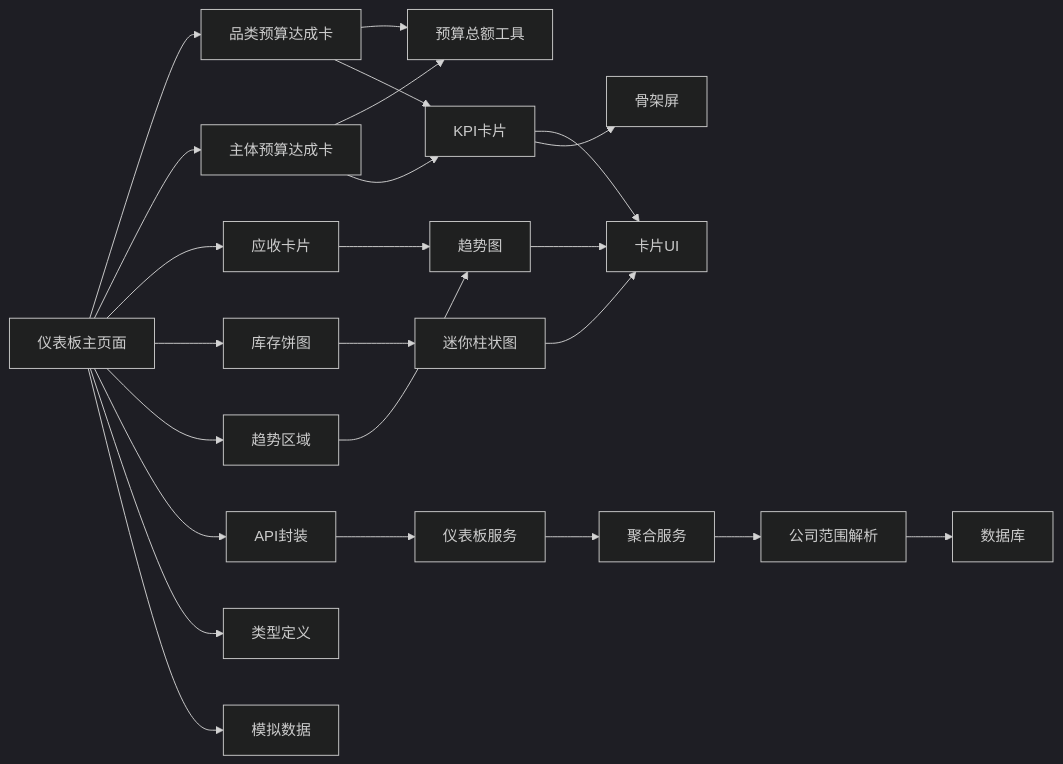
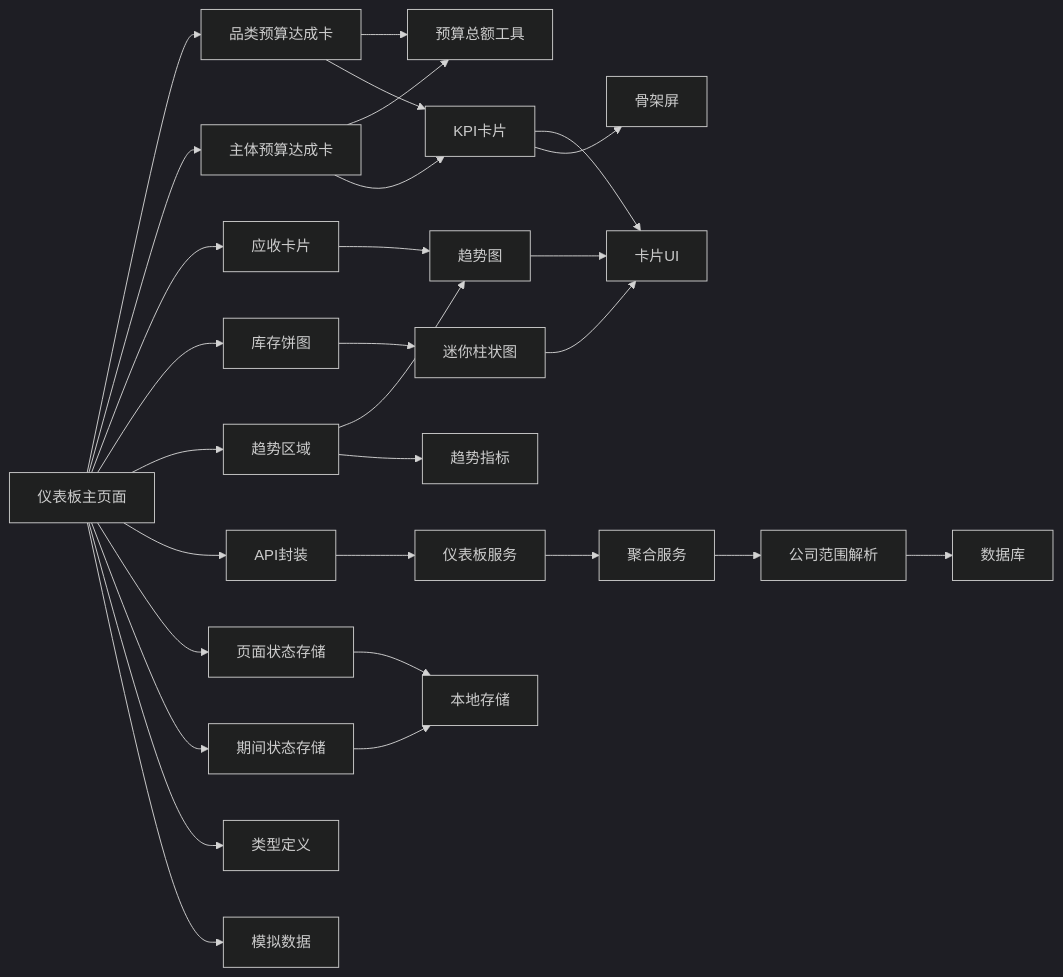
Before and after one commit to Damao997/newproject: the fourth of 4 diagrams in .qoder/repowiki/zh/content/页面组件/仪表板页面.md, drawn with Mermaid (dark theme). The commit also changed other lines of this file and 22 other files, not shown here.

````diff
--- a/.qoder/repowiki/zh/content/页面组件/仪表板页面.md
+++ b/.qoder/repowiki/zh/content/页面组件/仪表板页面.md
@@ -377,26 +439,31 @@
 ```mermaid
 graph LR
 Dashboard["仪表板主页面"] --> ProductBudgetCard["品类预算达成卡"]
 Dashboard --> SubjectBudgetCard["主体预算达成卡"]
 Dashboard --> ReceivablesCard["应收卡片"]
 Dashboard --> InventoryPieCard["库存饼图"]
 Dashboard --> TrendSection["趋势区域"]
 Dashboard --> Api["API封装"]
+Dashboard --> PageStateStore["页面状态存储"]
+Dashboard --> PeriodStore["期间状态存储"]
 Api --> DashboardService["仪表板服务"]
 DashboardService --> AggregationService["聚合服务"]
 AggregationService --> ResolveCompany["公司范围解析"]
 ProductBudgetCard --> BudgetTotal["预算总额工具"]
 SubjectBudgetCard --> BudgetTotal
 ProductBudgetCard --> KpiCard["KPI卡片"]
 SubjectBudgetCard --> KpiCard
 ReceivablesCard --> TrendChart["趋势图"]
 InventoryPieCard --> MiniBarChart["迷你柱状图"]
 TrendSection --> TrendChart
+TrendSection --> TrendMetrics["趋势指标"]
 KpiCard --> UiCard["卡片UI"]
 KpiCard --> Skeleton["骨架屏"]
 TrendChart --> UiCard
 MiniBarChart --> UiCard
 Dashboard --> Types["类型定义"]
 Dashboard --> Mock["模拟数据"]
 ResolveCompany --> Database["数据库"]
+PageStateStore --> LocalStorage["本地存储"]
+PeriodStore --> LocalStorage
 ```
````
